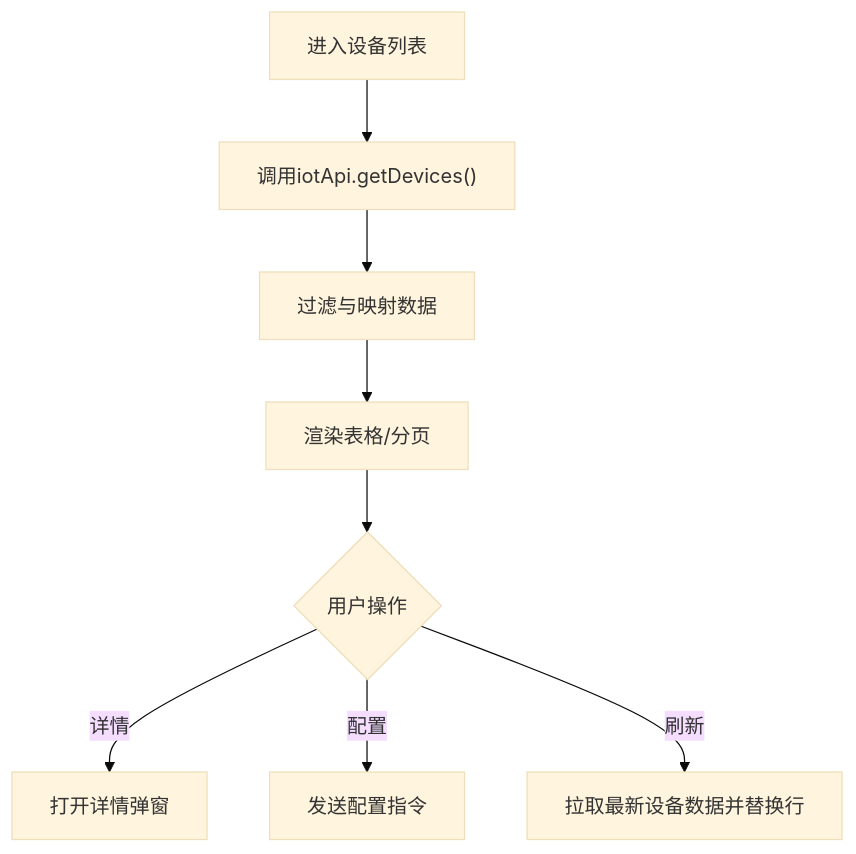
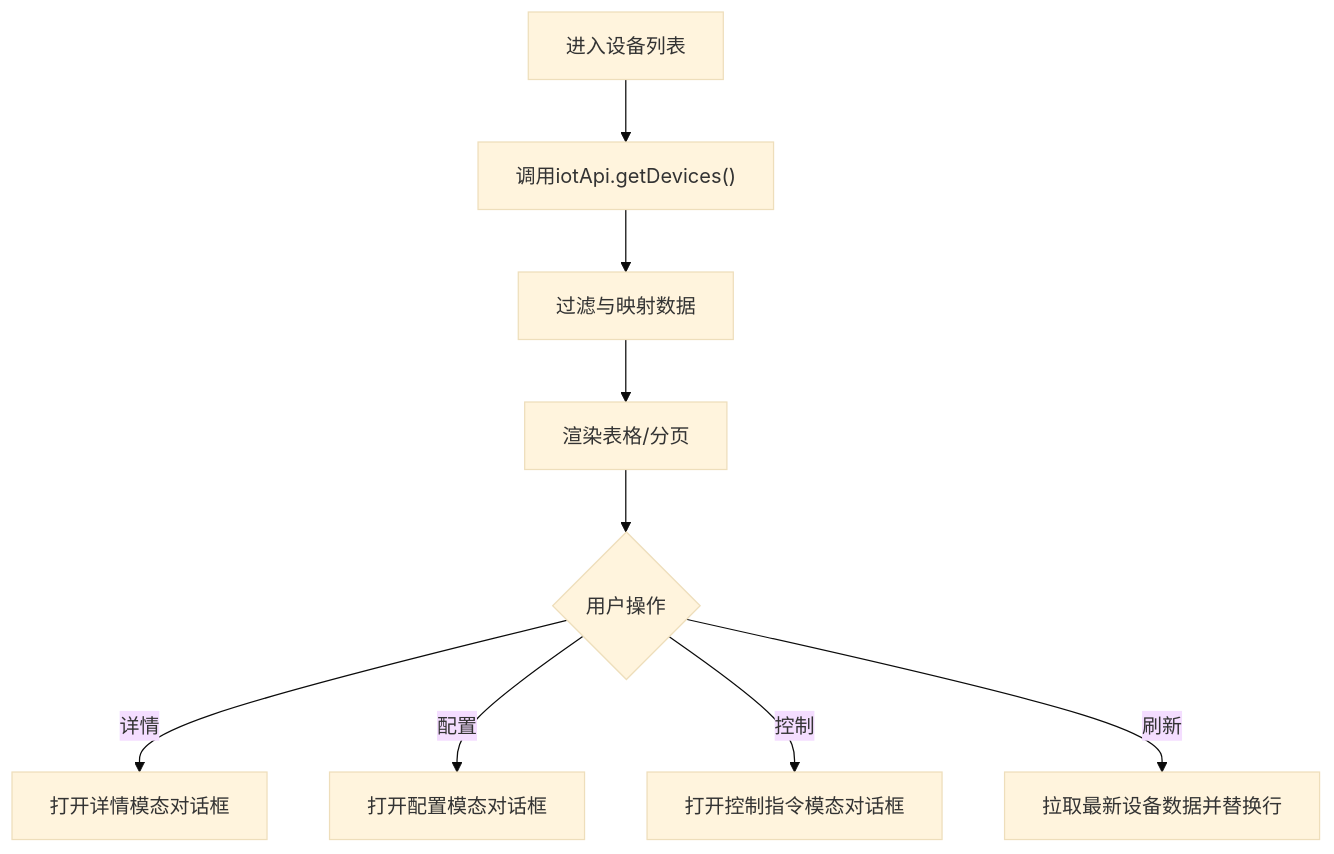
Before and after one commit to q446328246/agri-platform: the ninth of 14 diagrams in .qoder/repowiki/zh/content/前端应用文档/前端应用文档.md, drawn with Mermaid (base theme). The commit also changed other lines of this file and 37 other files, not shown here.

````diff
--- a/.qoder/repowiki/zh/content/前端应用文档/前端应用文档.md
+++ b/.qoder/repowiki/zh/content/前端应用文档/前端应用文档.md
@@ -382,10 +417,11 @@
 ```mermaid
 flowchart TD
 A["进入设备列表"] --> B["调用iotApi.getDevices()"]
 B --> C["过滤与映射数据"]
 C --> D["渲染表格/分页"]
 D --> E{"用户操作"}
-E --> |详情| F["打开详情弹窗"]
-E --> |配置| G["发送配置指令"]
-E --> |刷新| H["拉取最新设备数据并替换行"]
+E --> |详情| F["打开详情模态对话框"]
+E --> |配置| G["打开配置模态对话框"]
+E --> |控制| H["打开控制指令模态对话框"]
+E --> |刷新| I["拉取最新设备数据并替换行"]
 ```
````
